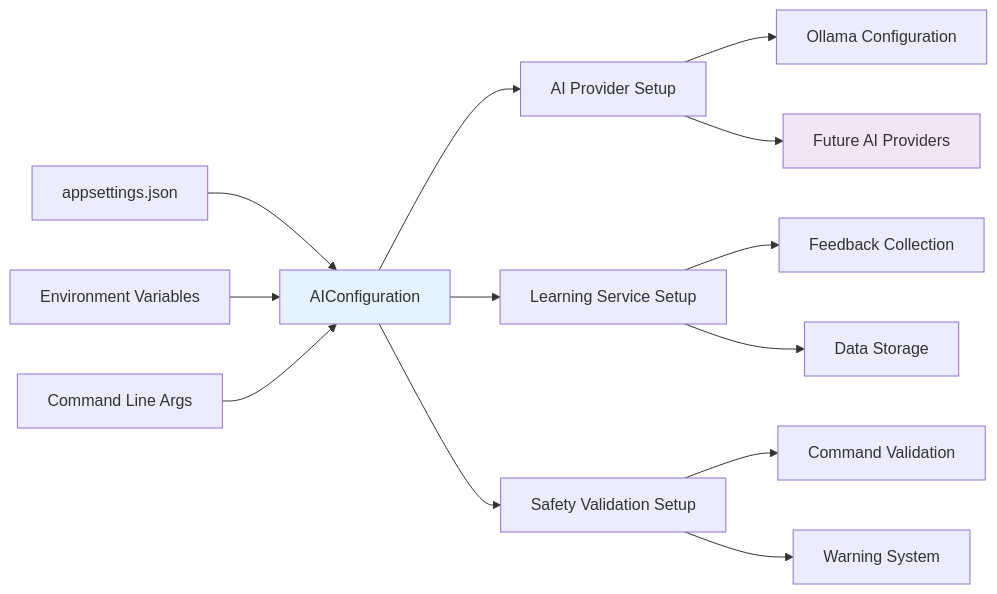
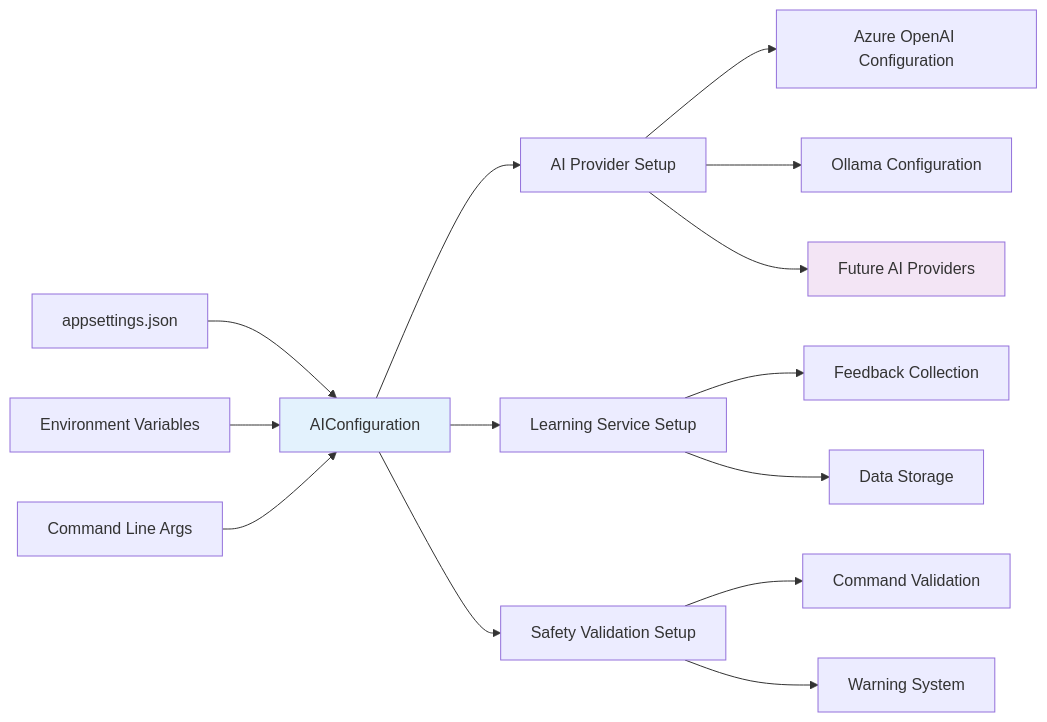
Before and after one commit to yoshiwatanabe/cmdai: the tenth of 13 diagrams in ARCHITECTURE.md, drawn with Mermaid. The commit also changed other lines of this file and 1 other file, not shown here.

First line of the commit message:
docs: Update documentation to reflect current multi-provider architecture

````diff
--- a/ARCHITECTURE.md
+++ b/ARCHITECTURE.md
@@ -272,22 +280,23 @@
 ```mermaid
 graph LR
     AppSettings[appsettings.json] --> Config[AIConfiguration]
     EnvVars[Environment Variables] --> Config
     CommandLine[Command Line Args] --> Config
     
     Config --> AIProvider[AI Provider Setup]
     Config --> Learning[Learning Service Setup]
     Config --> Safety[Safety Validation Setup]
     
+    AIProvider --> Azure[Azure OpenAI Configuration]
     AIProvider --> Ollama[Ollama Configuration]
     AIProvider --> Future[Future AI Providers]
     
     Learning --> Feedback[Feedback Collection]
     Learning --> Storage[Data Storage]
     
     Safety --> Validation[Command Validation]
     Safety --> Warnings[Warning System]
     
     style Config fill:#e3f2fd
     style Future fill:#f3e5f5
 ```
````
